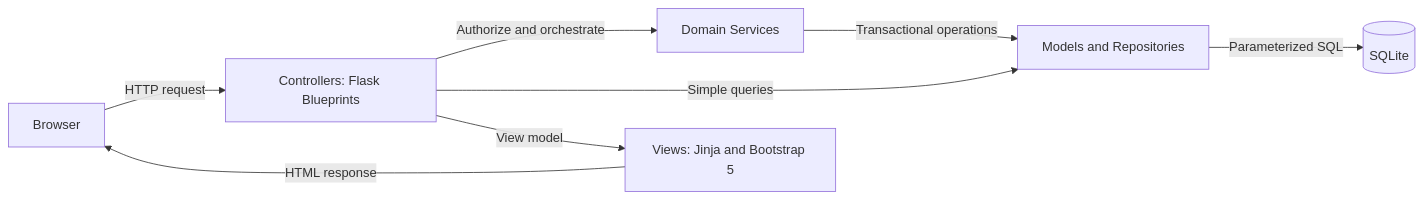
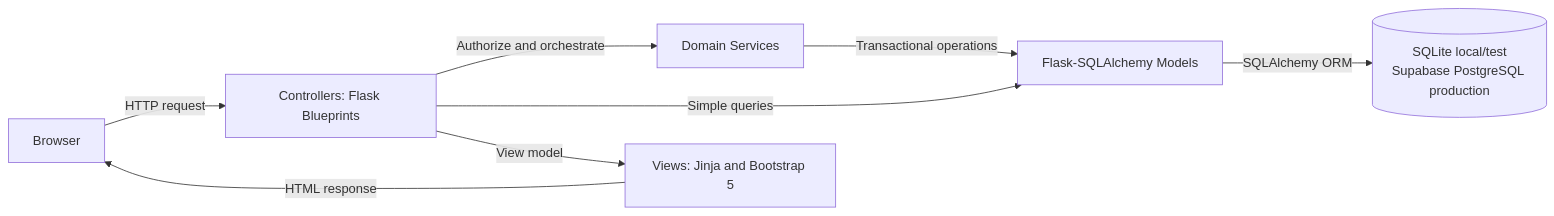
The diagram in docs/architecture.md (nofar3366-sys/FINAL-PROJECT), drawn with Mermaid before and after one commit. The commit also changed other lines of this file and 66 other files, not shown here.

````diff
--- a/docs/architecture.md
+++ b/docs/architecture.md
@@ -6,17 +9,17 @@
 ```mermaid
 flowchart LR
     Browser[Browser]
     Controllers["Controllers: Flask Blueprints"]
     Services["Domain Services"]
-    Models["Models and Repositories"]
-    Database[(SQLite)]
+    Models["Flask-SQLAlchemy Models"]
+    Database[("SQLite local/test<br/>Supabase PostgreSQL production")]
     Views["Views: Jinja and Bootstrap 5"]
 
     Browser -->|HTTP request| Controllers
     Controllers -->|Authorize and orchestrate| Services
     Controllers -->|Simple queries| Models
     Services -->|Transactional operations| Models
-    Models -->|Parameterized SQL| Database
+    Models -->|SQLAlchemy ORM| Database
     Controllers -->|View model| Views
     Views -->|HTML response| Browser
 ```
````
